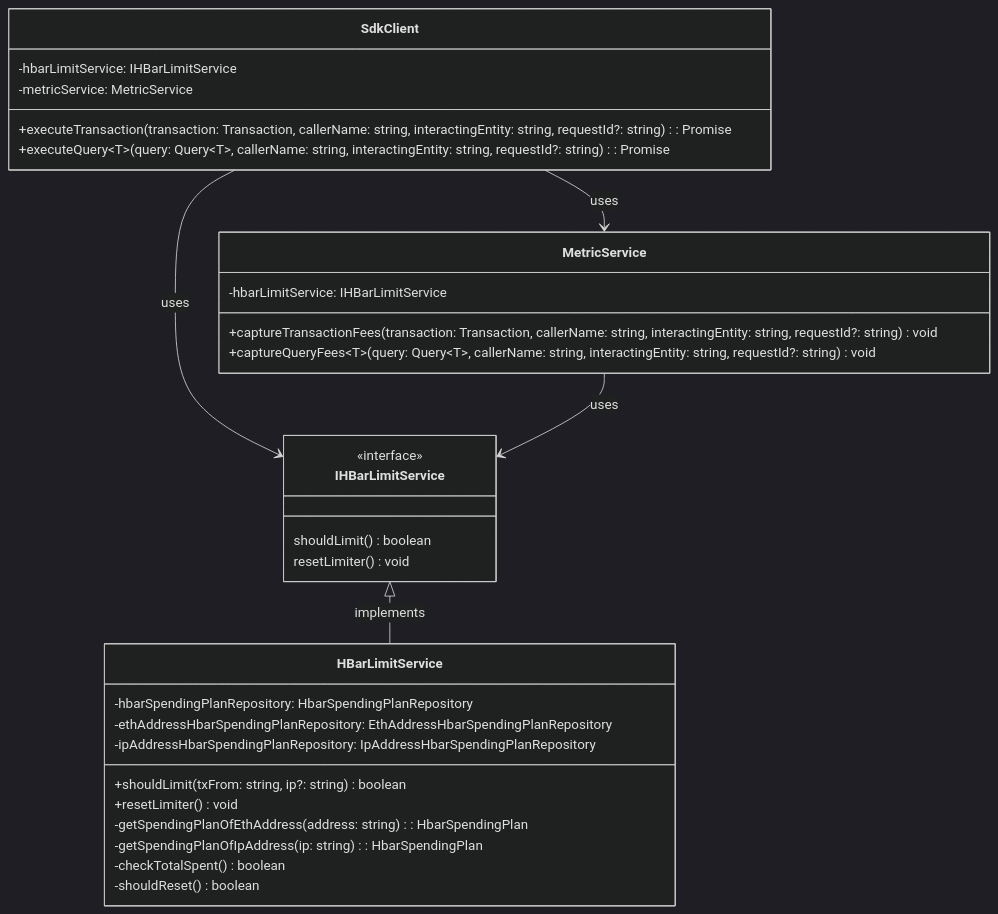
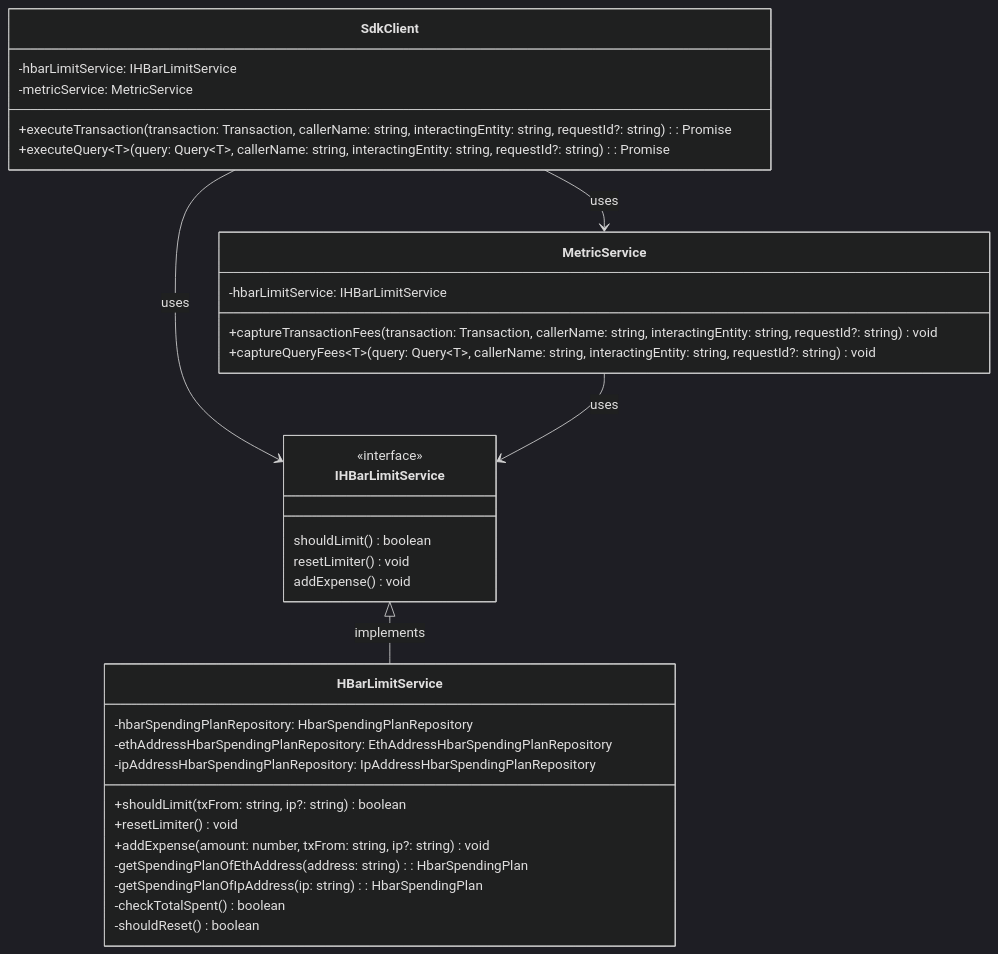
The first of 2 diagrams in docs/design/hbar-limiter.md (hashgraph/hedera-json-rpc-relay), drawn with Mermaid (dark theme) before and after one commit.

Commit message:
chore: adds `addExpense` to `IHBarLimitService`

````diff
--- a/docs/design/hbar-limiter.md
+++ b/docs/design/hbar-limiter.md
@@ -60,37 +60,39 @@
 ```mermaid
 classDiagram
     class SdkClient {
         -hbarLimitService: IHBarLimitService
         -metricService: MetricService
         +executeTransaction(transaction: Transaction, callerName: string, interactingEntity: string, requestId?: string): Promise<TransactionId>
         +executeQuery~T~(query: Query~T~, callerName: string, interactingEntity: string, requestId?: string): Promise<Query~T~>
     }
 
     class MetricService {
       -hbarLimitService: IHBarLimitService
       +captureTransactionFees(transaction: Transaction, callerName: string, interactingEntity: string, requestId?: string) void
       +captureQueryFees~T~(query: Query~T~, callerName: string, interactingEntity: string, requestId?: string) void
     }
 
     class HBarLimitService {
         -hbarSpendingPlanRepository: HbarSpendingPlanRepository
         -ethAddressHbarSpendingPlanRepository: EthAddressHbarSpendingPlanRepository
         -ipAddressHbarSpendingPlanRepository: IpAddressHbarSpendingPlanRepository
         +shouldLimit(txFrom: string, ip?: string) boolean
         +resetLimiter() void
+        +addExpense(amount: number, txFrom: string, ip?: string) void
         -getSpendingPlanOfEthAddress(address: string): HbarSpendingPlan
         -getSpendingPlanOfIpAddress(ip: string): HbarSpendingPlan
         -checkTotalSpent() boolean
         -shouldReset() boolean
     }
     
     class IHBarLimitService
     <<interface>> IHBarLimitService
     IHBarLimitService : shouldLimit() boolean
     IHBarLimitService : resetLimiter() void
+    IHBarLimitService : addExpense() void
 
     SdkClient --> MetricService : uses
     SdkClient --> IHBarLimitService : uses
     MetricService --> IHBarLimitService : uses
     IHBarLimitService <|-- HBarLimitService: implements
 ```
````
